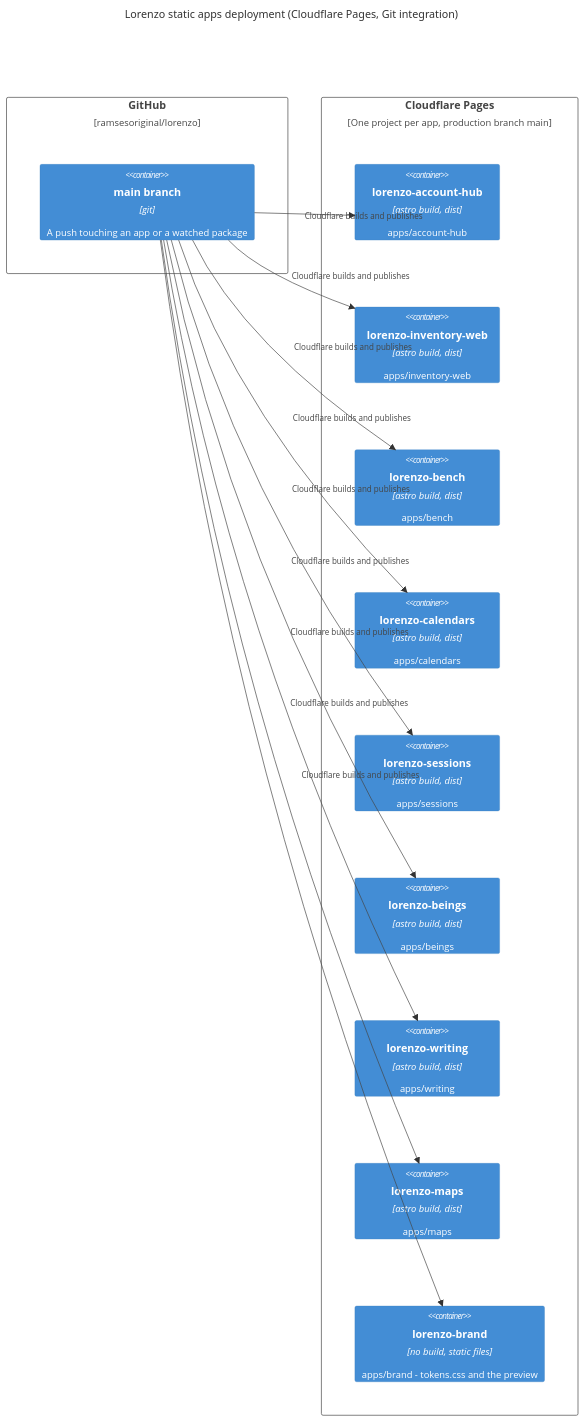
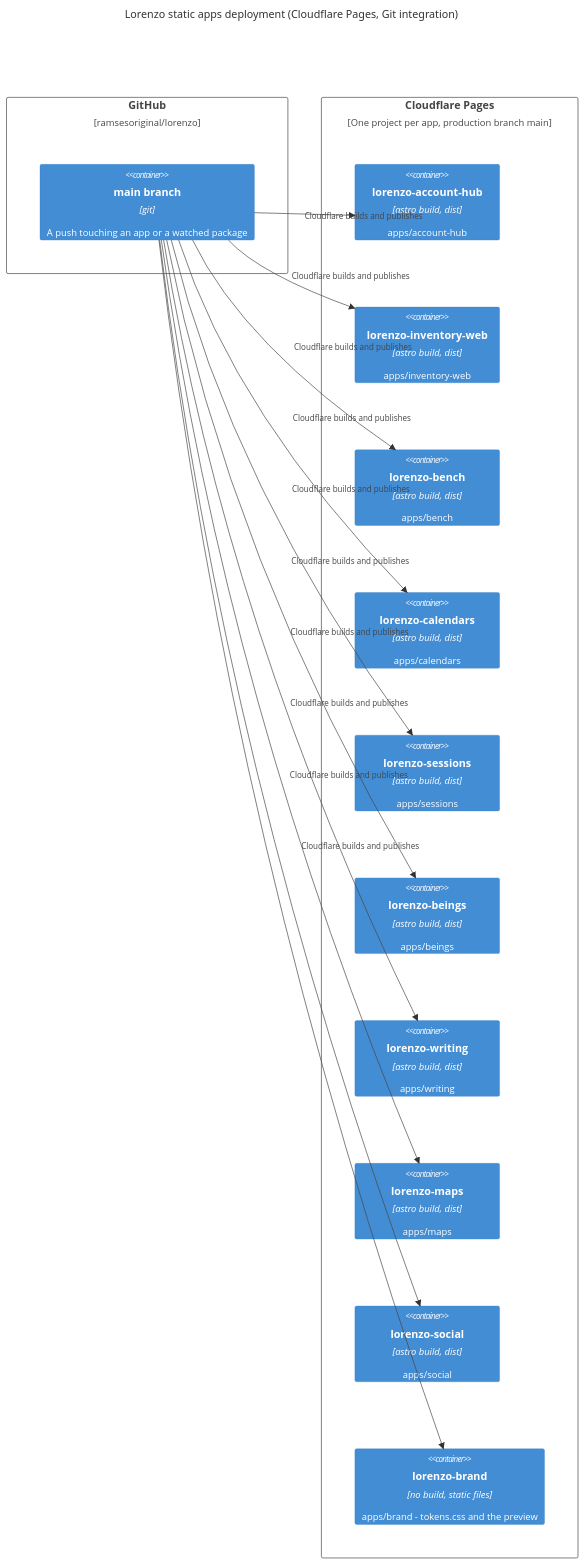
One commit to ramsesoriginal/lorenzo changed the third of 3 diagrams in docs/architecture/diagrams/deployment.md. Above: the diagram before and after it, drawn with Mermaid. The commit also changed other lines of this file and 3 other files, not shown here.

First line of the commit message:
docs(architecture): add Social and the web shell to the overview and the deployment docs

````diff
--- a/docs/architecture/diagrams/deployment.md
+++ b/docs/architecture/diagrams/deployment.md
@@ -91,30 +91,32 @@
 ```mermaid
 C4Deployment
   title Lorenzo static apps deployment (Cloudflare Pages, Git integration)
 
   Deployment_Node(gh, "GitHub", "ramsesoriginal/lorenzo"){
     Container(repo, "main branch", "git", "A push touching an app or a watched package")
   }
 
   Deployment_Node(cf, "Cloudflare Pages", "One project per app, production branch main"){
     Container(hub, "lorenzo-account-hub", "astro build, dist", "apps/account-hub")
     Container(inv, "lorenzo-inventory-web", "astro build, dist", "apps/inventory-web")
     Container(bench, "lorenzo-bench", "astro build, dist", "apps/bench")
     Container(cal, "lorenzo-calendars", "astro build, dist", "apps/calendars")
     Container(ses, "lorenzo-sessions", "astro build, dist", "apps/sessions")
     Container(beings, "lorenzo-beings", "astro build, dist", "apps/beings")
     Container(writing, "lorenzo-writing", "astro build, dist", "apps/writing")
     Container(maps, "lorenzo-maps", "astro build, dist", "apps/maps")
+    Container(social, "lorenzo-social", "astro build, dist", "apps/social")
     Container(brand, "lorenzo-brand", "no build, static files", "apps/brand - tokens.css and the preview")
   }
 
   Rel(repo, hub, "Cloudflare builds and publishes")
   Rel(repo, inv, "Cloudflare builds and publishes")
   Rel(repo, bench, "Cloudflare builds and publishes")
   Rel(repo, cal, "Cloudflare builds and publishes")
   Rel(repo, ses, "Cloudflare builds and publishes")
   Rel(repo, beings, "Cloudflare builds and publishes")
   Rel(repo, writing, "Cloudflare builds and publishes")
   Rel(repo, maps, "Cloudflare builds and publishes")
+  Rel(repo, social, "Cloudflare builds and publishes")
   Rel(repo, brand, "Cloudflare builds and publishes")
 ```
````
